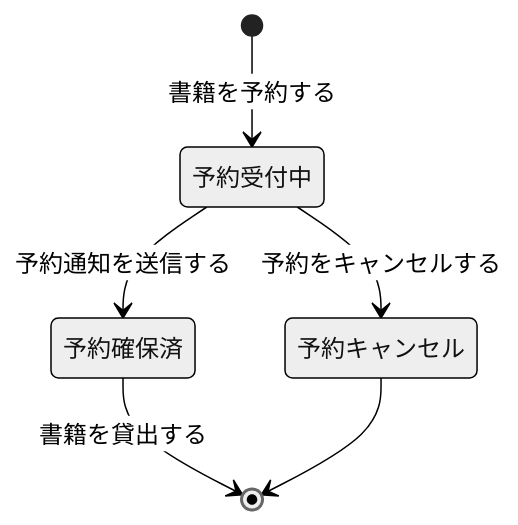
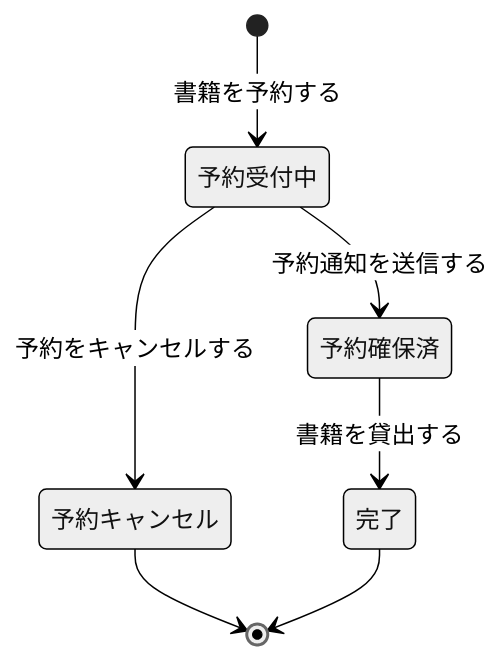
Before and after one commit to suwa-sh/suwa-sh-claude-plugins: the second of 2 diagrams in samples/distillery/pipeline/rdra/latest/views/06_状態モデル.md, drawn with Mermaid (neutral theme). The commit also changed other lines of this file and 54 other files, not shown here.

````diff
--- a/samples/distillery/pipeline/rdra/latest/views/06_状態モデル.md
+++ b/samples/distillery/pipeline/rdra/latest/views/06_状態モデル.md
@@ -33,11 +33,13 @@
 ```mermaid
 stateDiagram-v2
   s1 : 予約受付中
   s2 : 予約確保済
   s3 : 予約キャンセル
+  s4 : 完了
   [*] --> s1 : 書籍を予約する
   s1 --> s2 : 予約通知を送信する
   s1 --> s3 : 予約をキャンセルする
-  s2 --> [*] : 書籍を貸出する
+  s2 --> s4 : 書籍を貸出する
   s3 --> [*]
+  s4 --> [*]
 ```
````
